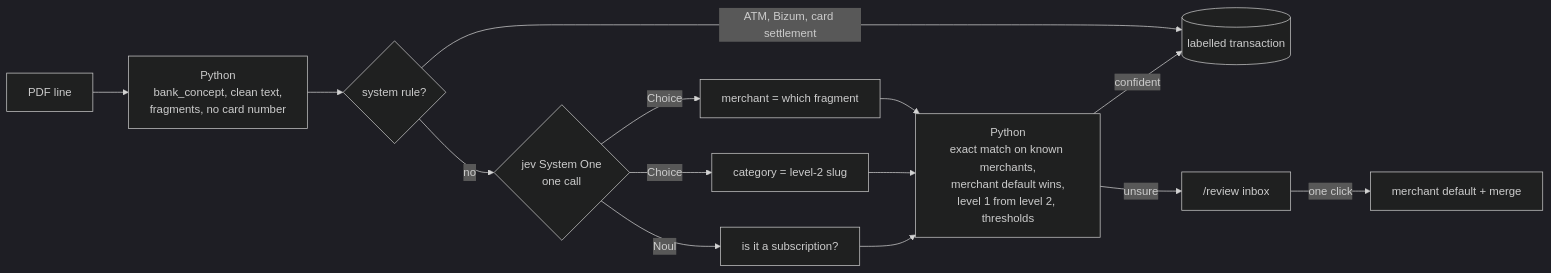
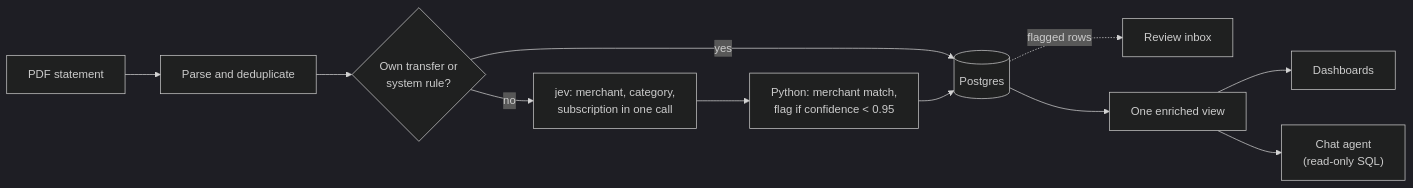
One commit to raulvazquez7/personal-finance-agent changed the diagram in README.md. Above: the diagram before and after it, drawn with Mermaid (dark theme). The commit also changed other lines of this file and 8 other files, not shown here.

First line of the commit message:
docs: public face, a product README, an architecture page and real screenshots (#21)

````diff
--- a/README.md
+++ b/README.md
@@ -33,16 +32,13 @@
 ```mermaid
 flowchart LR
-    A[PDF line] --> B["Python<br/>bank_concept, clean text,<br/>fragments, no card number"]
-    B --> R{system rule?}
-    R -->|ATM, Bizum, card settlement| H
-    R -->|no| C{"jev System One<br/>one call"}
-    C -->|Choice| D[merchant = which fragment]
-    C -->|Choice| E[category = level-2 slug]
-    C -->|Noul| F[is it a subscription?]
-    D --> G["Python<br/>exact match on known merchants,<br/>merchant default wins,<br/>level 1 from level 2, thresholds"]
+    A[PDF statement] --> B[Parse and deduplicate]
+    B --> C{Own transfer or<br/>system rule?}
+    C -->|yes| G[(Postgres)]
+    C -->|no| D["jev: merchant, category,<br/>subscription in one call"]
+    D --> E["Python: merchant match,<br/>flag if confidence < 0.95"]
     E --> G
-    F --> G
-    G -->|confident| H[(labelled transaction)]
-    G -->|unsure| I["/review inbox"]
-    I -->|one click| J[merchant default + merge]
+    G -.->|flagged rows| F[Review inbox]
+    G --> H[One enriched view]
+    H --> I[Dashboards]
+    H --> J["Chat agent<br/>(read-only SQL)"]
 ```
````
